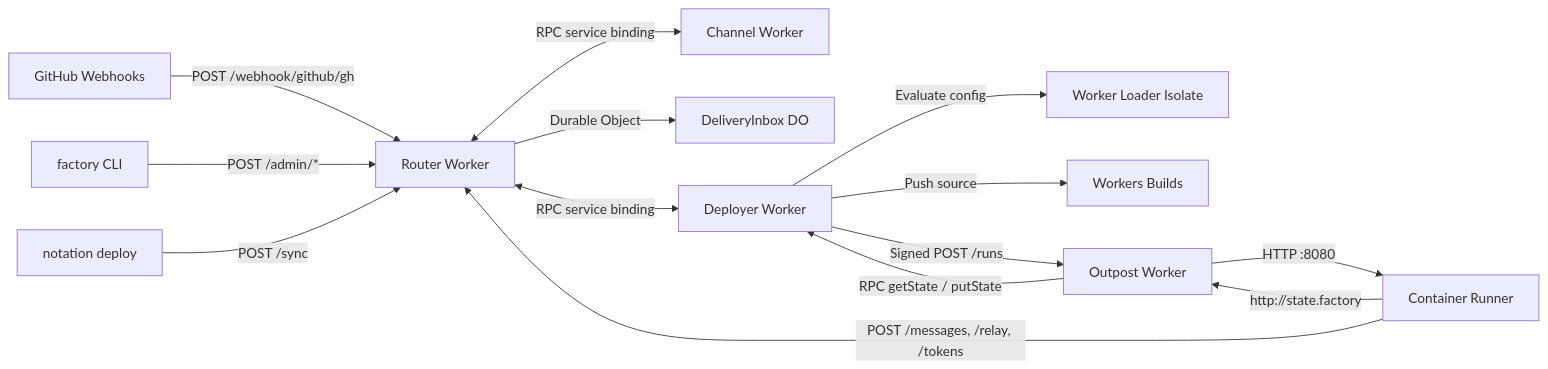
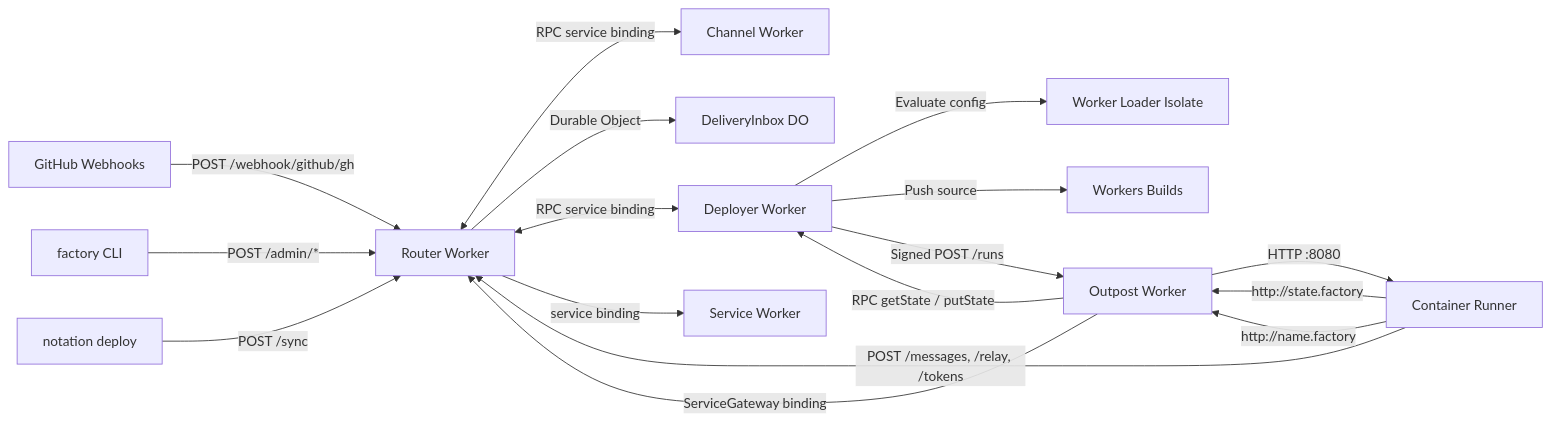
The diagram in docs/internals/architecture.md (notationlabs/factory), drawn with Mermaid before and after one commit. The commit also changed other lines of this file and 10 other files, not shown here.

Commit message:
The docs describe hub services and cloudflare.Service, and the roadmap has Railway services

````diff
--- a/docs/internals/architecture.md
+++ b/docs/internals/architecture.md
@@ -5,19 +5,22 @@
 ```mermaid [Hub and outpost architecture]
 flowchart LR
   GH["GitHub Webhooks"] -->|POST /webhook/github/gh| Router["Router Worker"]
   CLI["factory CLI"] -->|POST /admin/*| Router
   Deploy["notation deploy"] -->|POST /sync| Router
 
   Router <-->|RPC service binding| Channel["Channel Worker"]
   Router -->|Durable Object| Inbox["DeliveryInbox DO"]
   Router <-->|RPC service binding| Deployer["Deployer Worker"]
 
   Deployer -->|Evaluate config| Loader["Worker Loader Isolate"]
   Deployer -->|Push source| Builds["Workers Builds"]
   Deployer -->|Signed POST /runs| Outpost["Outpost Worker"]
 
   Outpost -->|HTTP :8080| Runner["Container Runner"]
   Runner -->|POST /messages, /relay, /tokens| Router
   Runner -->|http://state.factory| Outpost
   Outpost -->|RPC getState / putState| Deployer
+  Runner -->|http://name.factory| Outpost
+  Outpost -->|ServiceGateway binding| Router
+  Router -->|service binding| Service["Service Worker"]
 ```
````
